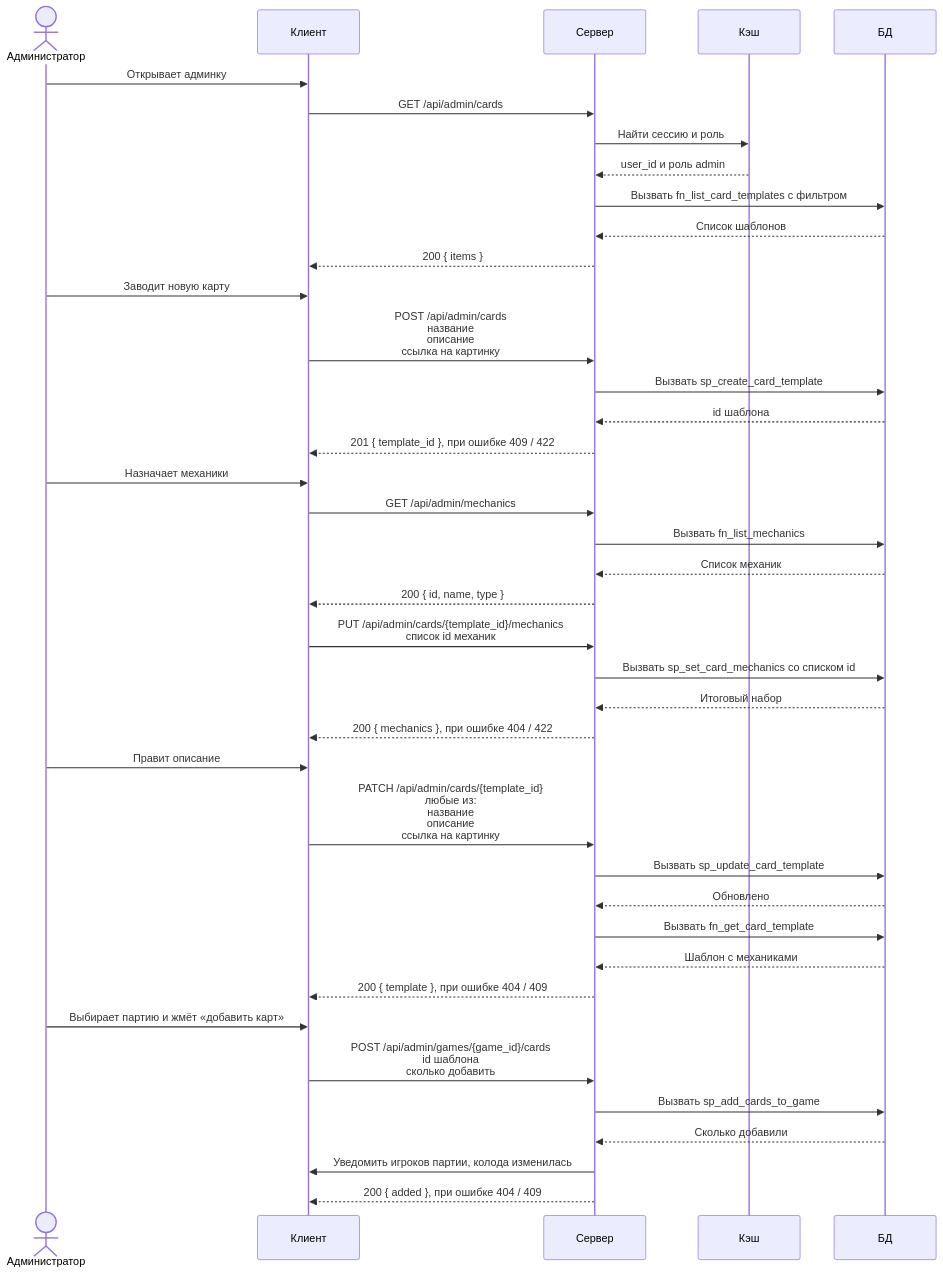
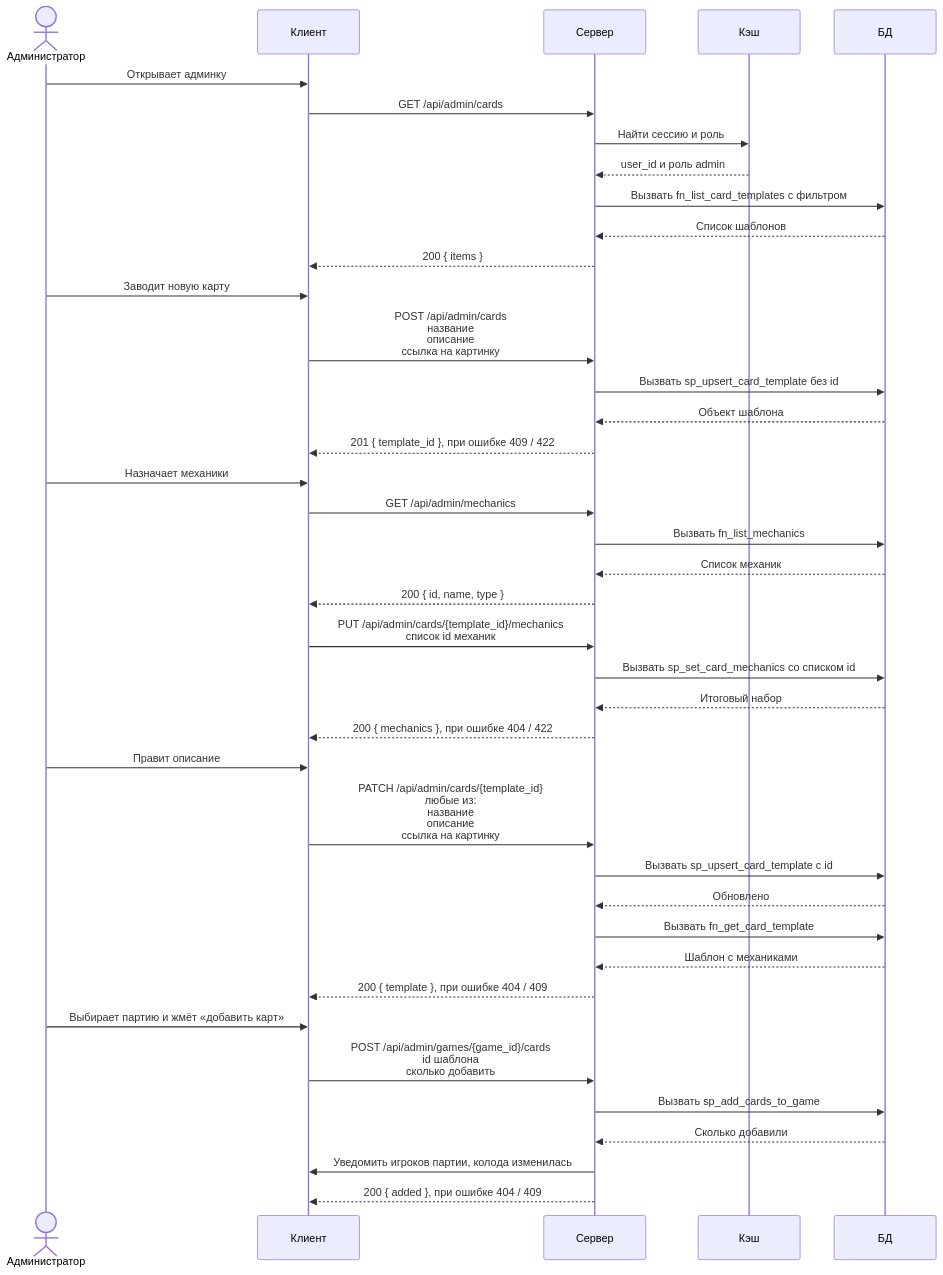
The diagram in diagrams/admin.mmd (docup1/edin-game), drawn with Mermaid before and after one commit. The commit also changed 11 other files, not shown here.

```diff
--- a/diagrams/admin.mmd
+++ b/diagrams/admin.mmd
@@ -1,65 +1,65 @@
 %% Админка: библиотека карт и наполнение колоды партии.
 %% Роль admin приходит из токена провайдера при входе и лежит в сессии.
 %% Общий ответ для всех эндпоинтов админки: 401 без сессии, 403 если роль не admin.
 sequenceDiagram
     actor A as Администратор
     participant C as Клиент
     participant S as Сервер
     participant K as Кэш
     participant D as БД
 
     A->>C: Открывает админку
     %% Фильтр search живёт в колонке Query таблицы в API.md, на стрелке его нет.
     C->>S: GET /api/admin/cards
     S->>K: Найти сессию и роль
     K-->>S: user_id и роль admin
     S->>D: Вызвать fn_list_card_templates с фильтром
     D-->>S: Список шаблонов
     S-->>C: 200 { items }
 
     A->>C: Заводит новую карту
     C->>S: POST /api/admin/cards<br/>название<br/>описание<br/>ссылка на картинку
-    S->>D: Вызвать sp_create_card_template
-    D-->>S: id шаблона
+    S->>D: Вызвать sp_upsert_card_template без id
+    D-->>S: Объект шаблона
     S-->>C: 201 { template_id }, при ошибке 409 / 422
 
     A->>C: Назначает механики
     C->>S: GET /api/admin/mechanics
     S->>D: Вызвать fn_list_mechanics
     D-->>S: Список механик
     S-->>C: 200 { id, name, type }
     C->>S: PUT /api/admin/cards/{template_id}/mechanics<br/>список id механик
     S->>D: Вызвать sp_set_card_mechanics со списком id
     D-->>S: Итоговый набор
     S-->>C: 200 { mechanics }, при ошибке 404 / 422
 
     A->>C: Правит описание
     C->>S: PATCH /api/admin/cards/{template_id}<br/>любые из:<br/>название<br/>описание<br/>ссылка на картинку
-    S->>D: Вызвать sp_update_card_template
+    S->>D: Вызвать sp_upsert_card_template с id
     D-->>S: Обновлено
     S->>D: Вызвать fn_get_card_template
     D-->>S: Шаблон с механиками
     S-->>C: 200 { template }, при ошибке 404 / 409
 
     A->>C: Выбирает партию и жмёт «добавить карт»
     C->>S: POST /api/admin/games/{game_id}/cards<br/>id шаблона<br/>сколько добавить
     S->>D: Вызвать sp_add_cards_to_game
     D-->>S: Сколько добавили
     S->>C: Уведомить игроков партии, колода изменилась
     S-->>C: 200 { added }, при ошибке 404 / 409
 
     %% Карта - это картинка, описание и набор механик. Хранится один раз в
     %% card_templates, экземпляры карт в партии ссылаются на неё.
     %% search - поиск по имени, описанию и названию механики, пустой - без
     %% фильтра. Страниц нет, список приходит целиком.
     %% Ссылка на картинку должна быть уникальной, иначе 409.
     %% Справочник из 20 механик зашит в базе, новые добавляются только миграцией,
     %% админ выбирает из существующих.
     %% Список механик заменяется целиком: лишние связи удаляются, недостающие
     %% добавляются.
     %% Наполнение колоды работает, только пока партия не началась. Создаётся нужное
     %% число строк в cards, каждая со своей id и ссылкой на шаблон.
     %% Проверка роли идёт в кэше, сама проверка в базе. Кэш можно потерять -
     %% админ просто войдёт заново.
     %% Удалять шаблоны нельзя: экземпляры карт ссылаются на шаблон с запретом
     %% удаления, поэтому правка шаблона видна во всех партиях, где он роздан.
```
